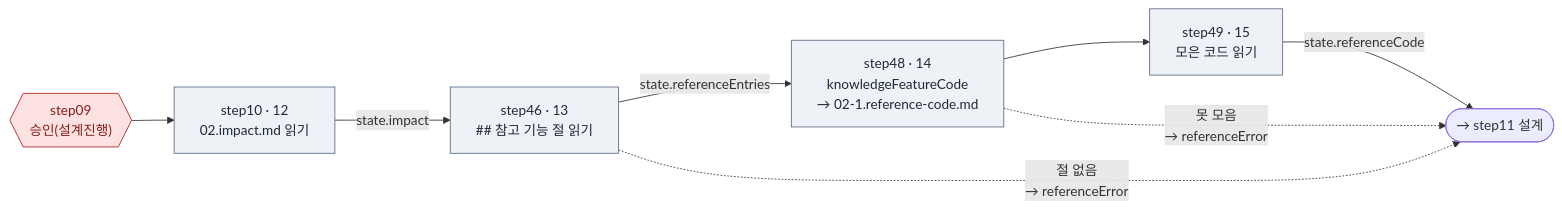
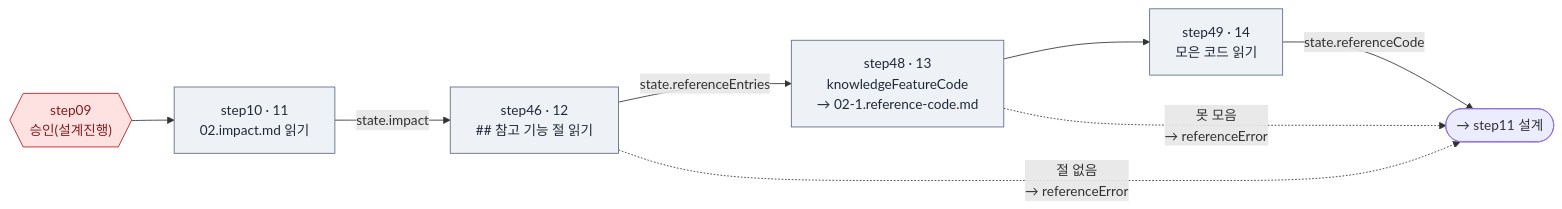
The eighth of 24 diagrams in docs/09.dstone-ai-engine-sm-workflow.md (YongSoekChoeng/dstone), drawn with Mermaid before and after one commit. The commit also changed other lines of this file and 26 other files, not shown here.

````diff
--- a/docs/09.dstone-ai-engine-sm-workflow.md
+++ b/docs/09.dstone-ai-engine-sm-workflow.md
@@ -694,13 +675,13 @@
 ```mermaid
 flowchart LR
-    step09{{"step09<br/>승인(설계진행)"}}:::appr --> step10["step10 · 12<br/>02.impact.md 읽기"]:::tool
-    step10 -->|state.impact| step46["step46 · 13<br/>## 참고 기능 절 읽기"]:::tool
-    step46 -->|state.referenceEntries| step48["step48 · 14<br/>knowledgeFeatureCode<br/>→ 02-1.reference-code.md"]:::tool
-    step48 --> step49["step49 · 15<br/>모은 코드 읽기"]:::tool
+    step09{{"step09<br/>승인(설계진행)"}}:::appr --> step10["step10 · 11<br/>02.impact.md 읽기"]:::tool
+    step10 -->|state.impact| step46["step46 · 12<br/>## 참고 기능 절 읽기"]:::tool
+    step46 -->|state.referenceEntries| step48["step48 · 13<br/>knowledgeFeatureCode<br/>→ 02-1.reference-code.md"]:::tool
+    step48 --> step49["step49 · 14<br/>모은 코드 읽기"]:::tool
     step49 -->|state.referenceCode| step11(["→ step11 설계"])
     step46 -.->|"절 없음<br/>→ referenceError"| step11
     step48 -.->|"못 모음<br/>→ referenceError"| step11
 
     classDef tool fill:#eef2f7,stroke:#5b6b82,color:#1f2937
     classDef appr fill:#fee2e2,stroke:#b91c1c,color:#7f1d1d
 ```
````
